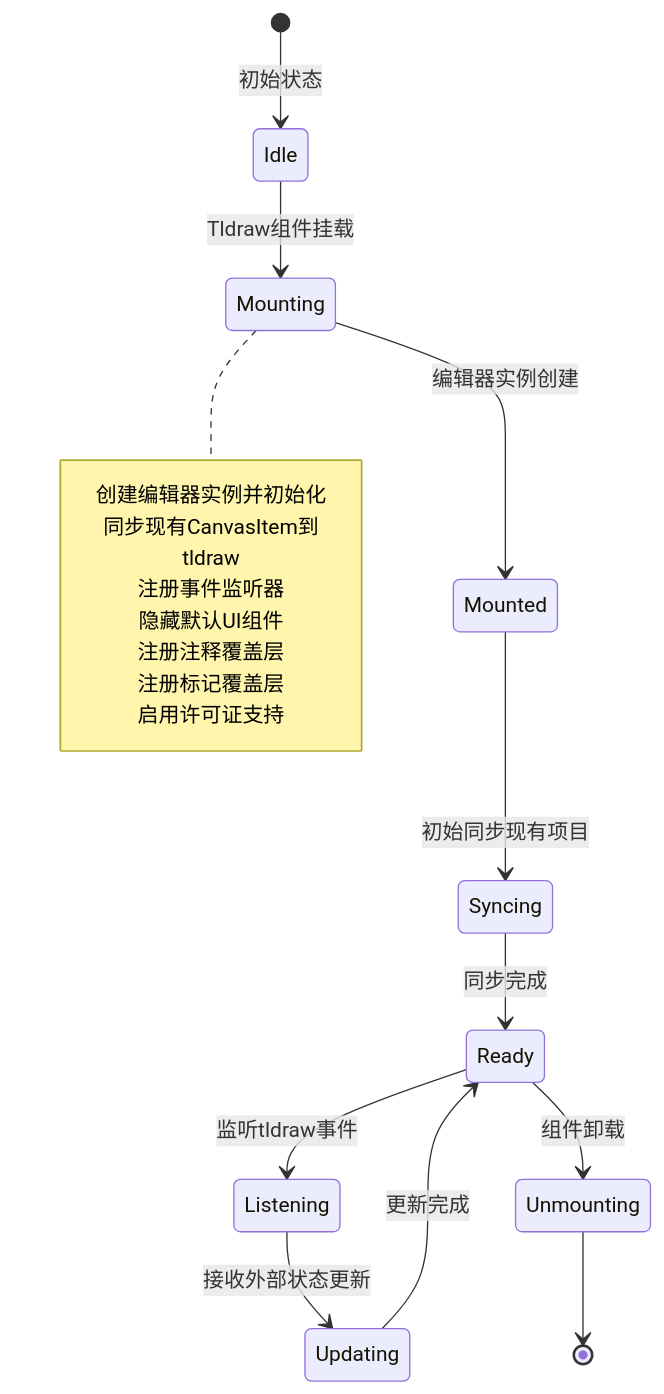
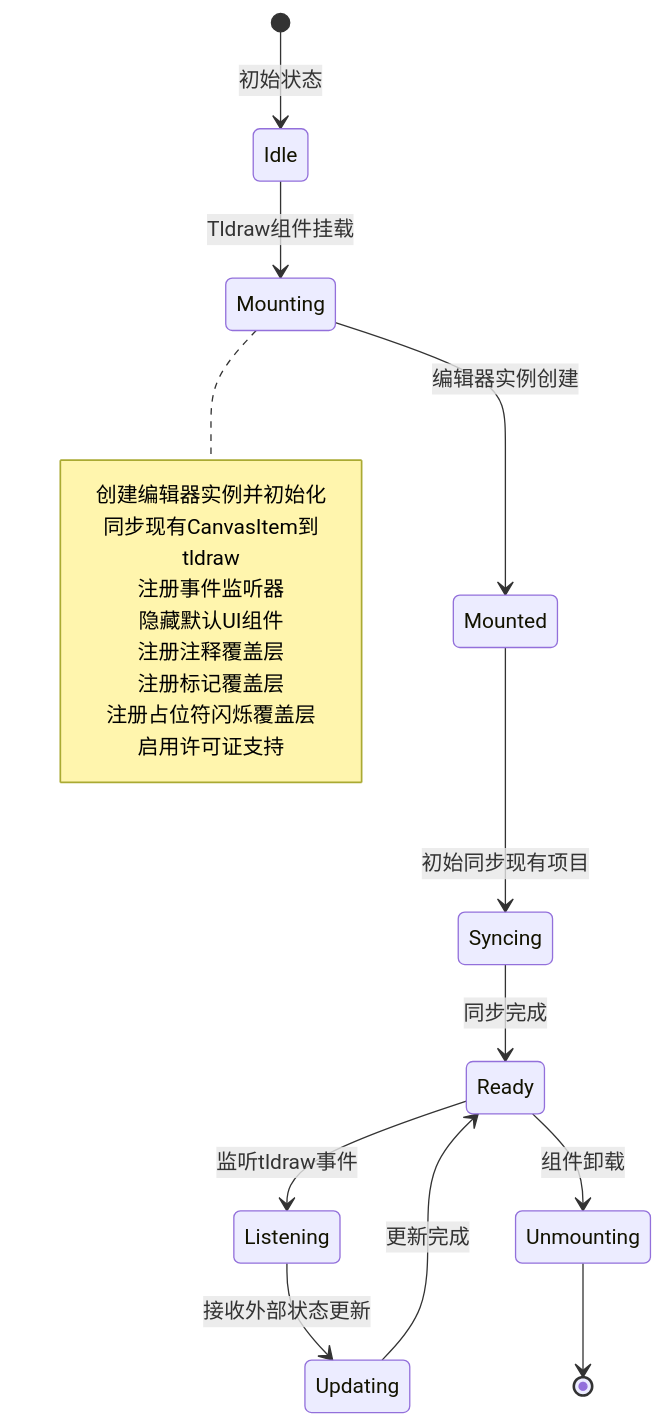
Diagram 12 of 29 in .qoder/repowiki/zh/content/核心功能模块/画布交互系统.md (billye220670/BananaFlow2), drawn with Mermaid before and after one commit. The commit also changed other lines of this file and 22 other files, not shown here.

````diff
--- a/.qoder/repowiki/zh/content/核心功能模块/画布交互系统.md
+++ b/.qoder/repowiki/zh/content/核心功能模块/画布交互系统.md
@@ -516,22 +599,23 @@
 ```mermaid
 stateDiagram-v2
 [*] --> Idle : 初始状态
 Idle --> Mounting : Tldraw组件挂载
 Mounting --> Mounted : 编辑器实例创建
 Mounted --> Syncing : 初始同步现有项目
 Syncing --> Ready : 同步完成
 Ready --> Listening : 监听tldraw事件
 Listening --> Updating : 接收外部状态更新
 Updating --> Ready : 更新完成
 Ready --> Unmounting : 组件卸载
 Unmounting --> [*]
 note right of Mounting
 创建编辑器实例并初始化
 同步现有CanvasItem到tldraw
 注册事件监听器
 隐藏默认UI组件
 注册注释覆盖层
 注册标记覆盖层
+注册占位符闪烁覆盖层
 启用许可证支持
 end note
 ```
````
